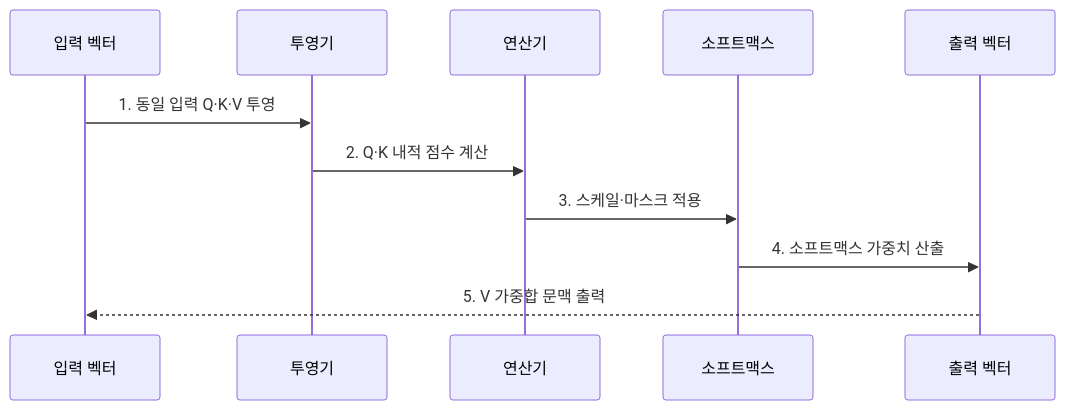
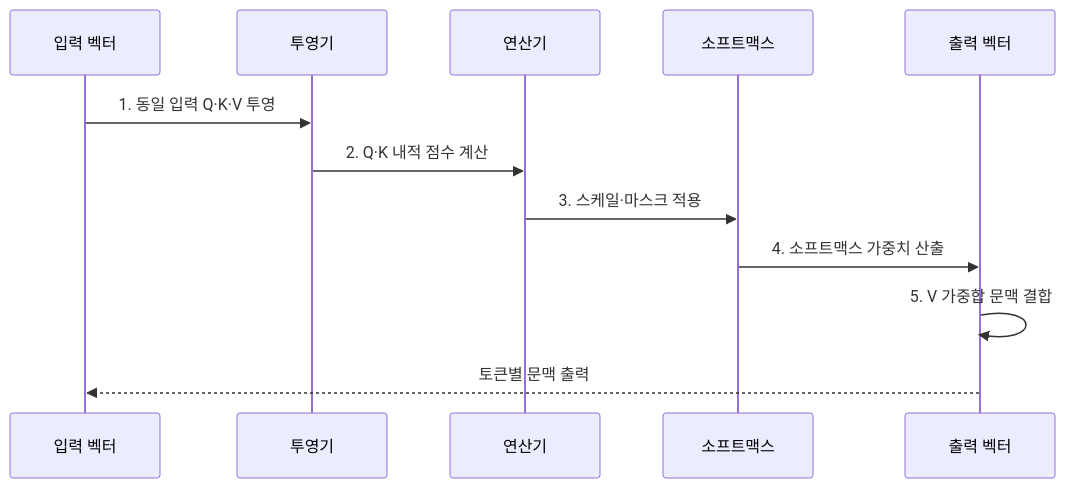
One commit to agnusdei1207/knowledge-base changed the second of 2 diagrams in src/content/docs/notes/08-latest-tech/028_self_attention.md. Above: the diagram before and after it, drawn with Mermaid. The commit also changed other lines of this file and 225 other files, not shown here.

````diff
--- a/src/content/docs/notes/08-latest-tech/028_self_attention.md
+++ b/src/content/docs/notes/08-latest-tech/028_self_attention.md
@@ -78,13 +78,14 @@
 ```mermaid
 sequenceDiagram
     participant I as 입력 벡터
     participant P as 투영기
     participant A as 연산기
     participant S as 소프트맥스
     participant O as 출력 벡터
     I->>P: 1. 동일 입력 Q·K·V 투영
     P->>A: 2. Q·K 내적 점수 계산
     A->>S: 3. 스케일·마스크 적용
     S->>O: 4. 소프트맥스 가중치 산출
-    O-->>I: 5. V 가중합 문맥 출력
+    O->>O: 5. V 가중합 문맥 결합
+    O-->>I: 토큰별 문맥 출력
 ```
````
